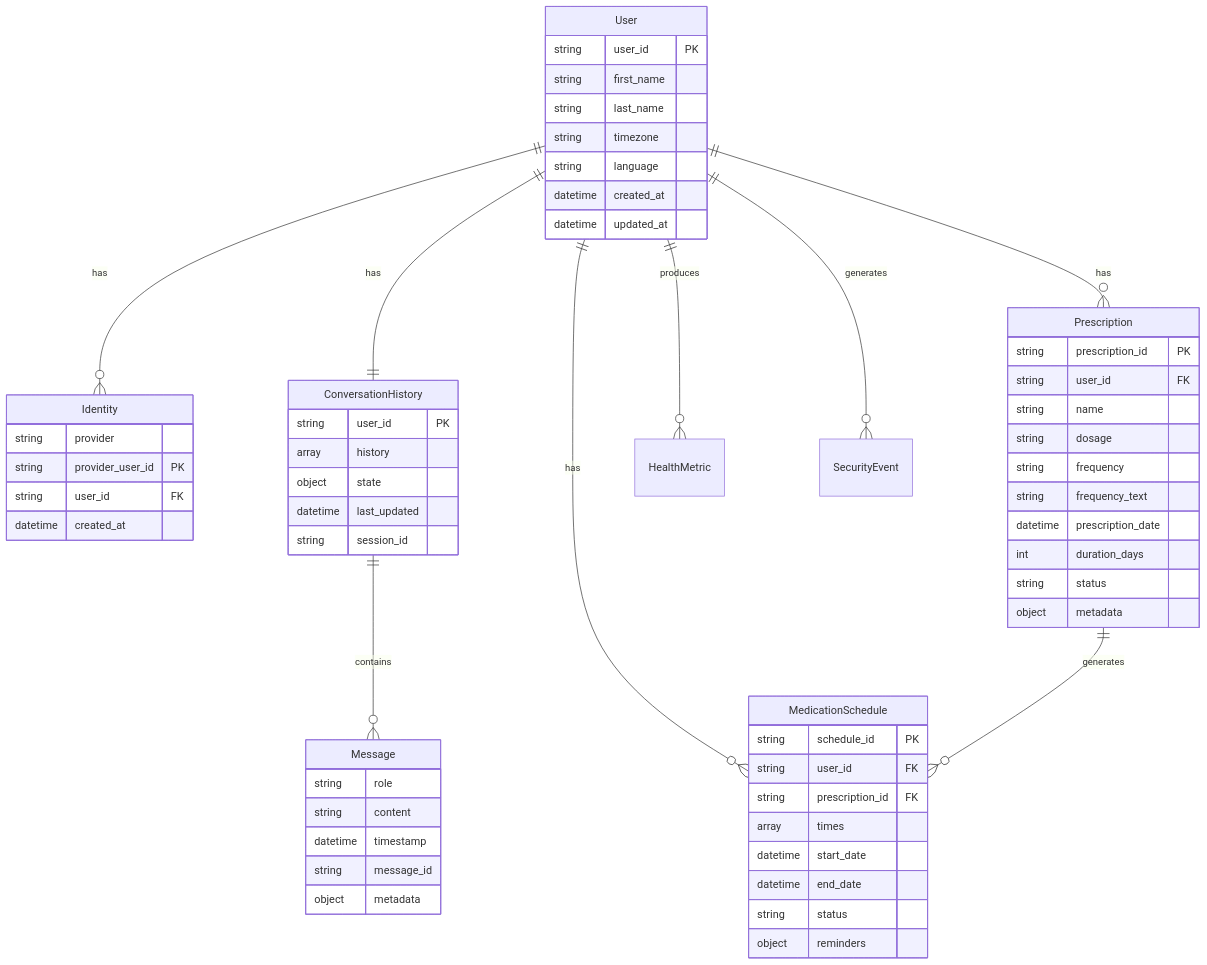
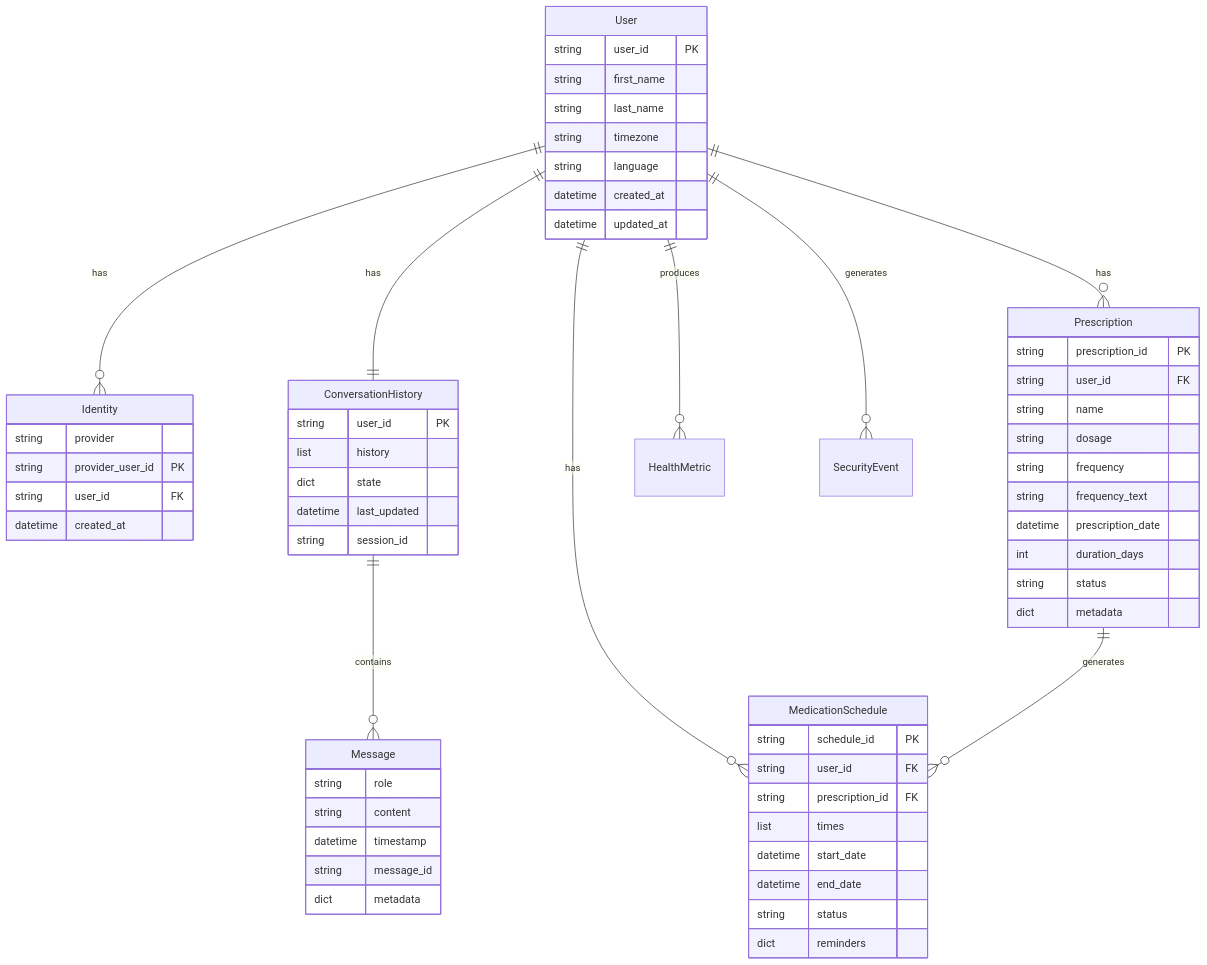
The second of 2 diagrams in docs/data-models.md (OurMultiverseOfMadness/Ctrl-Alt-Heal), drawn with Mermaid before and after one commit. The commit also changed other lines of this file and 3 other files, not shown here.

First line of the commit message:
fix: Resolve Mermaid diagram rendering issues across documentation

````diff
--- a/docs/data-models.md
+++ b/docs/data-models.md
@@ -416,69 +416,69 @@
 ```mermaid
 erDiagram
     User ||--o{ Identity : "has"
     User ||--|| ConversationHistory : "has"
     User ||--o{ Prescription : "has"
     User ||--o{ MedicationSchedule : "has"
     User ||--o{ HealthMetric : "produces"
     User ||--o{ SecurityEvent : "generates"
 
     ConversationHistory ||--o{ Message : "contains"
     Prescription ||--o{ MedicationSchedule : "generates"
 
     User {
         string user_id PK
         string first_name
         string last_name
         string timezone
         string language
         datetime created_at
         datetime updated_at
     }
 
     Identity {
         string provider
         string provider_user_id PK
         string user_id FK
         datetime created_at
     }
 
     ConversationHistory {
         string user_id PK
-        array history
-        object state
+        list history
+        dict state
         datetime last_updated
         string session_id
     }
 
     Message {
         string role
         string content
         datetime timestamp
         string message_id
-        object metadata
+        dict metadata
     }
 
     Prescription {
         string prescription_id PK
         string user_id FK
         string name
         string dosage
         string frequency
         string frequency_text
         datetime prescription_date
         int duration_days
         string status
-        object metadata
+        dict metadata
     }
 
     MedicationSchedule {
         string schedule_id PK
         string user_id FK
         string prescription_id FK
-        array times
+        list times
         datetime start_date
         datetime end_date
         string status
-        object reminders
+        dict reminders
     }
 ```
````
